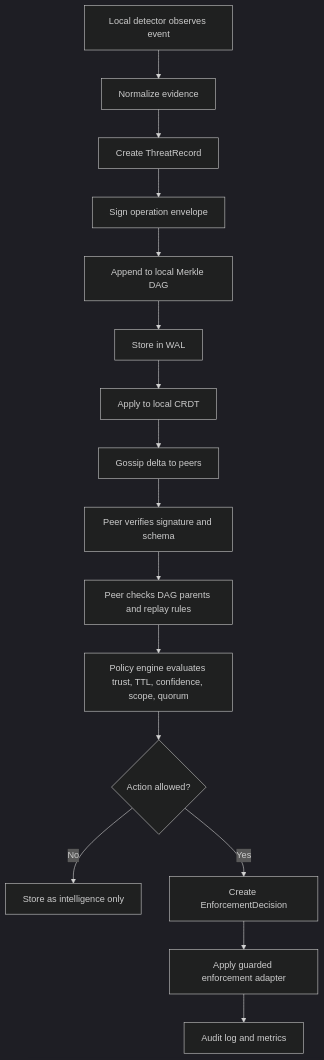
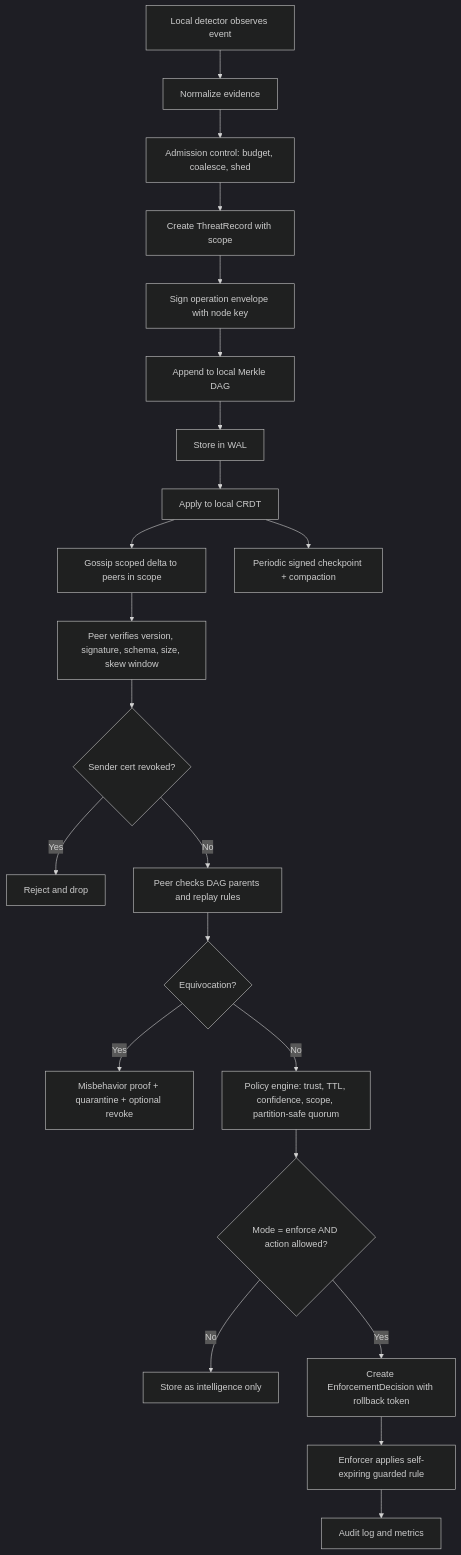
Before and after one commit to prateekpurohit13/frien: the first of 4 diagrams in docs/FRIEN_ARCHITECTURE.md, drawn with Mermaid (dark theme). The commit also changed other lines of this file, not shown here.

Commit message:
doc: updated the architecture plan

````diff
--- a/docs/FRIEN_ARCHITECTURE.md
+++ b/docs/FRIEN_ARCHITECTURE.md
@@ -99,18 +125,24 @@
 ```mermaid
 flowchart TD
     A[Local detector observes event] --> B[Normalize evidence]
-    B --> C[Create ThreatRecord]
-    C --> D[Sign operation envelope]
+    B --> AC[Admission control: budget, coalesce, shed]
+    AC --> C[Create ThreatRecord with scope]
+    C --> D[Sign operation envelope with node key]
     D --> E[Append to local Merkle DAG]
     E --> F[Store in WAL]
     F --> G[Apply to local CRDT]
-    G --> H[Gossip delta to peers]
-    H --> I[Peer verifies signature and schema]
-    I --> J[Peer checks DAG parents and replay rules]
-    J --> K[Policy engine evaluates trust, TTL, confidence, scope, quorum]
-    K --> L{Action allowed?}
+    G --> H[Gossip scoped delta to peers in scope]
+    H --> I[Peer verifies version, signature, schema, size, skew window]
+    I --> R{Sender cert revoked?}
+    R -- Yes --> X[Reject and drop]
+    R -- No --> J[Peer checks DAG parents and replay rules]
+    J --> EQ{Equivocation?}
+    EQ -- Yes --> Q[Misbehavior proof + quarantine + optional revoke]
+    EQ -- No --> K[Policy engine: trust, TTL, confidence, scope, partition-safe quorum]
+    K --> L{Mode = enforce AND action allowed?}
     L -- No --> M[Store as intelligence only]
-    L -- Yes --> N[Create EnforcementDecision]
-    N --> O[Apply guarded enforcement adapter]
+    L -- Yes --> N[Create EnforcementDecision with rollback token]
+    N --> O[Enforcer applies self-expiring guarded rule]
     O --> P[Audit log and metrics]
+    G --> CP[Periodic signed checkpoint + compaction]
 ```
````
